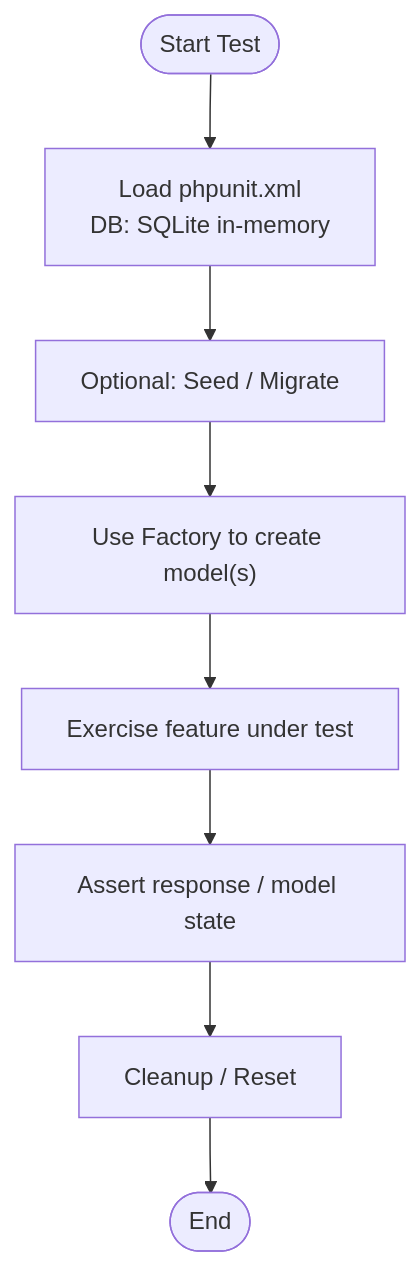
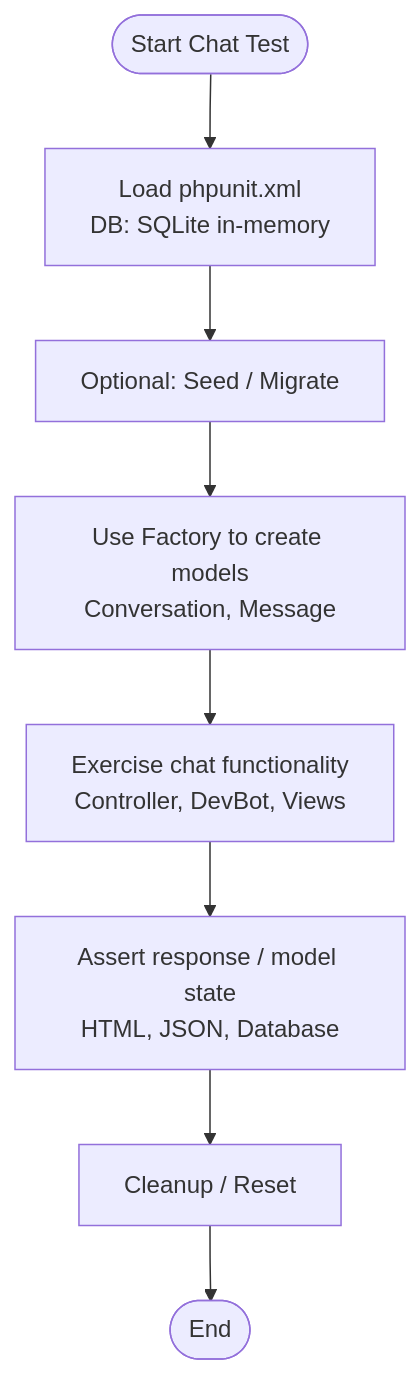
Before and after one commit to siimliimand/laravel-assistant: the third of 4 diagrams in .qoder/repowiki/en/content/Testing Infrastructure/Testing Infrastructure.md, drawn with Mermaid. The commit also changed other lines of this file and 5 other files, not shown here.

````diff
--- a/.qoder/repowiki/en/content/Testing Infrastructure/Testing Infrastructure.md
+++ b/.qoder/repowiki/en/content/Testing Infrastructure/Testing Infrastructure.md
@@ -181,10 +275,10 @@
 ```mermaid
 flowchart TD
-Start(["Start Test"]) --> LoadConfig["Load phpunit.xml<br/>DB: SQLite in-memory"]
+Start(["Start Chat Test"]) --> LoadConfig["Load phpunit.xml<br/>DB: SQLite in-memory"]
 LoadConfig --> Seed["Optional: Seed / Migrate"]
-Seed --> CreateFactory["Use Factory to create model(s)"]
-CreateFactory --> Exercise["Exercise feature under test"]
-Exercise --> Assert["Assert response / model state"]
+Seed --> CreateFactory["Use Factory to create models<br/>Conversation, Message"]
+CreateFactory --> Exercise["Exercise chat functionality<br/>Controller, DevBot, Views"]
+Exercise --> Assert["Assert response / model state<br/>HTML, JSON, Database"]
 Assert --> Cleanup["Cleanup / Reset"]
 Cleanup --> End(["End"])
 ```
````
